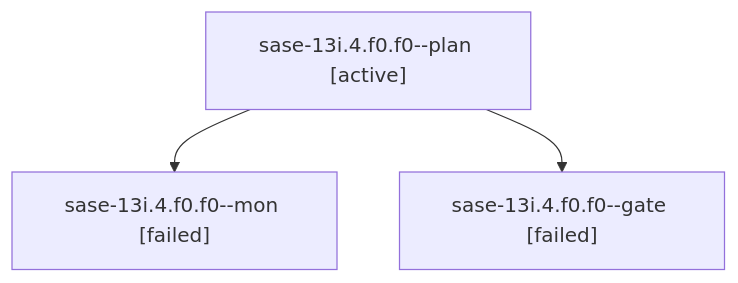
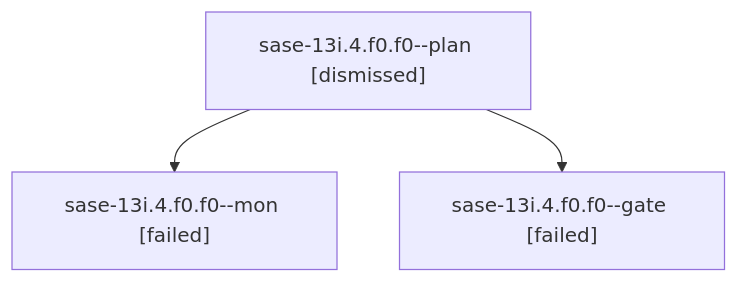
The diagram in sessions/bbugyi200.athena.sase-13i.4.f0.f0.md (sase-org/sase--agents), drawn with Mermaid before and after one commit. The commit also changed other lines of this file and 118 other files, not shown here.

````diff
--- a/sessions/bbugyi200.athena.sase-13i.4.f0.f0.md
+++ b/sessions/bbugyi200.athena.sase-13i.4.f0.f0.md
@@ -9,8 +9,8 @@
 ```mermaid
 flowchart TD
-  n0["sase-13i.4.f0.f0--plan [active]"]
+  n0["sase-13i.4.f0.f0--plan [dismissed]"]
   n1["sase-13i.4.f0.f0--mon [failed]"]
   n0 --> n1
   n2["sase-13i.4.f0.f0--gate [failed]"]
   n0 --> n2
 ```
````
